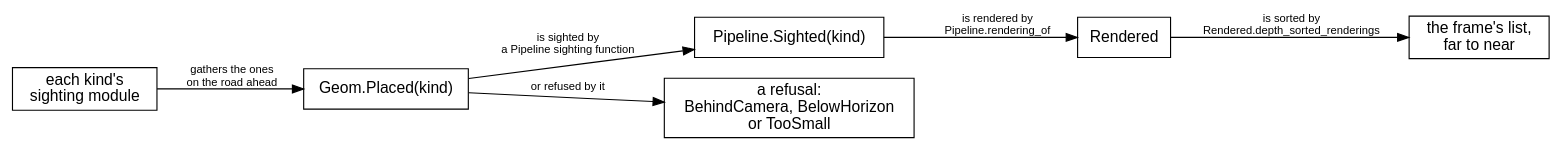
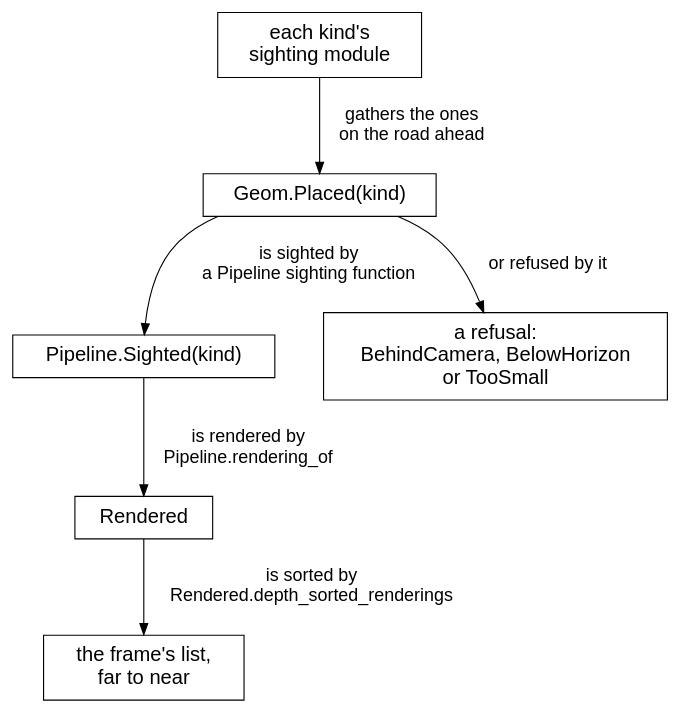
Before and after one commit to showell/roc-apps: the third of 30 diagrams in canvas_apps/safari/tutorial/tutorial.md, drawn with Graphviz. The commit also changed other lines of this file and 4 other files, not shown here.

Commit message:
The pipeline: sighting_of shown whole; its picture cropped to the things; its diagram top to bottom with larger type, and every diagram held to the text's width (MISSION H5)

````diff
--- a/canvas_apps/safari/tutorial/tutorial.md
+++ b/canvas_apps/safari/tutorial/tutorial.md
@@ -535,18 +535,20 @@
 ```dot
 digraph pipeline {
-  rankdir=LR;
-  node [shape=box, fontname="Helvetica"];
-  edge [fontname="Helvetica", fontsize=10];
+  rankdir=TB;
+  nodesep=0.6;
+  ranksep=0.7;
+  node [shape=box, fontname="Helvetica", fontsize=18, margin="0.25,0.12"];
+  edge [fontname="Helvetica", fontsize=16];
   finder [label="each kind's\nsighting module"];
   placed [label="Geom.Placed(kind)"];
   sighted [label="Pipeline.Sighted(kind)"];
   refused [label="a refusal:\nBehindCamera, BelowHorizon\nor TooSmall"];
   rendered [label="Rendered"];
   list [label="the frame's list,\nfar to near"];
   finder -> placed [label="  gathers the ones\n  on the road ahead"];
   placed -> sighted [label="  is sighted by\n  a Pipeline sighting function"];
   placed -> refused [label="  or refused by it"];
   sighted -> rendered [label="  is rendered by\n  Pipeline.rendering_of"];
   rendered -> list [label="  is sorted by\n  Rendered.depth_sorted_renderings"];
 }
 ```
````
